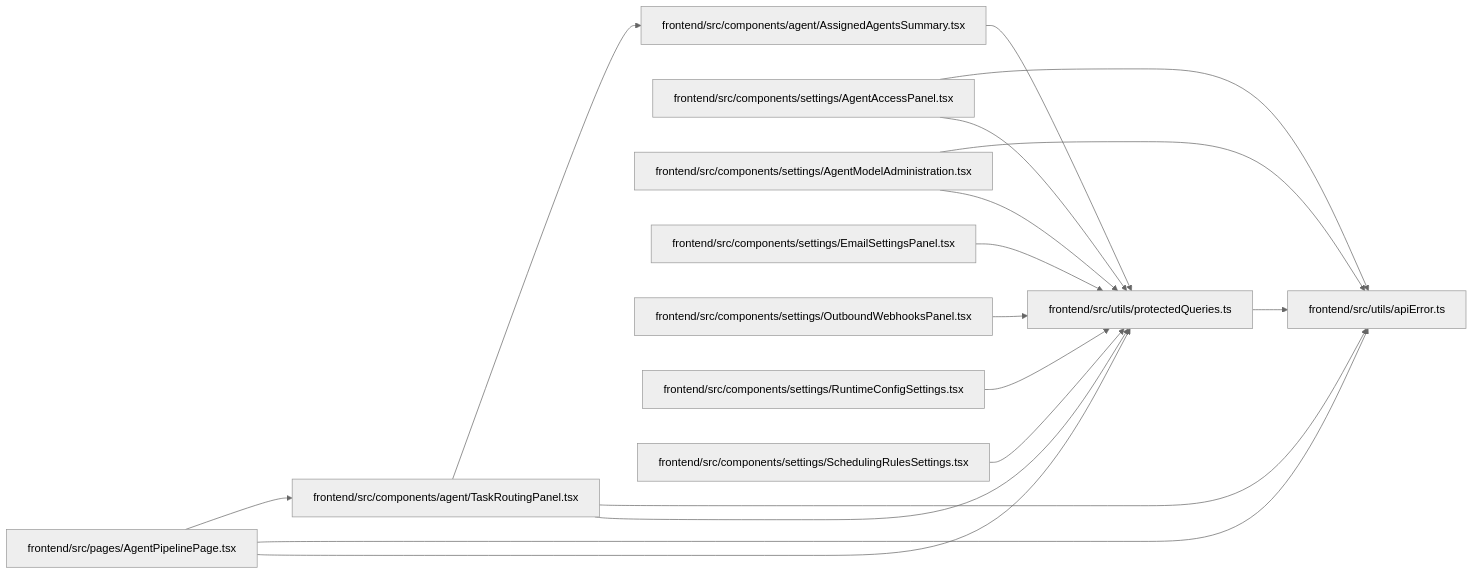
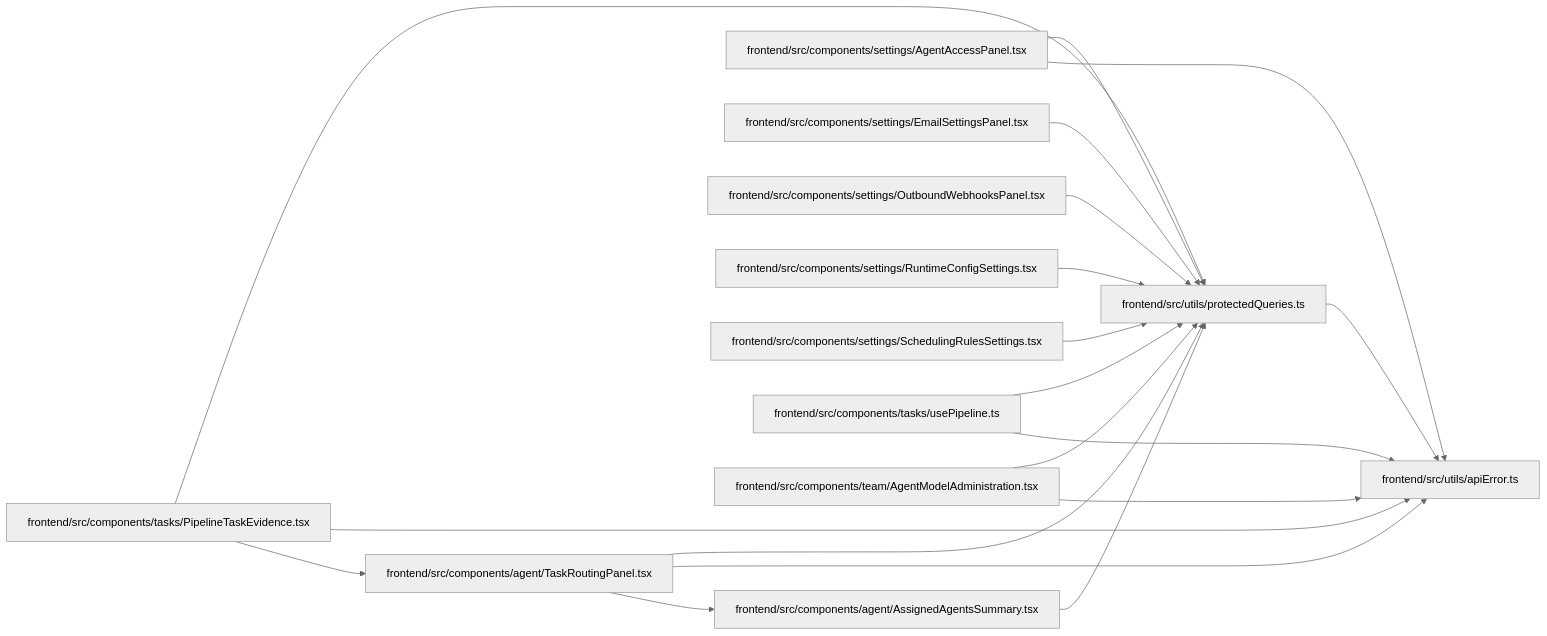
The diagram in docs/llm_wiki/modules/protectedQueries.md (Denissvgn/WorkChord), drawn with Mermaid (neutral theme) before and after one commit. The commit also changed other lines of this file and 2373 other files, not shown here.

````diff
--- a/docs/llm_wiki/modules/protectedQueries.md
+++ b/docs/llm_wiki/modules/protectedQueries.md
@@ -24,41 +24,45 @@
 ```mermaid
 flowchart LR
     n0["frontend/src/components/agent/AssignedAgentsSummary.tsx"]
     n1["frontend/src/components/agent/TaskRoutingPanel.tsx"]
     n2["frontend/src/components/settings/AgentAccessPanel.tsx"]
-    n3["frontend/src/components/settings/AgentModelAdministration.tsx"]
-    n4["frontend/src/components/settings/EmailSettingsPanel.tsx"]
-    n5["frontend/src/components/settings/OutboundWebhooksPanel.tsx"]
-    n6["frontend/src/components/settings/RuntimeConfigSettings.tsx"]
-    n7["frontend/src/components/settings/SchedulingRulesSettings.tsx"]
-    n8["frontend/src/pages/AgentPipelinePage.tsx"]
-    n9["frontend/src/utils/apiError.ts"]
-    n10["frontend/src/utils/protectedQueries.ts"]
-    n0 --> n10
+    n3["frontend/src/components/settings/EmailSettingsPanel.tsx"]
+    n4["frontend/src/components/settings/OutboundWebhooksPanel.tsx"]
+    n5["frontend/src/components/settings/RuntimeConfigSettings.tsx"]
+    n6["frontend/src/components/settings/SchedulingRulesSettings.tsx"]
+    n7["frontend/src/components/tasks/PipelineTaskEvidence.tsx"]
+    n8["frontend/src/components/tasks/usePipeline.ts"]
+    n9["frontend/src/components/team/AgentModelAdministration.tsx"]
+    n10["frontend/src/utils/apiError.ts"]
+    n11["frontend/src/utils/protectedQueries.ts"]
+    n0 --> n11
     n1 --> n0
-    n1 --> n9
     n1 --> n10
-    n2 --> n9
+    n1 --> n11
     n2 --> n10
-    n3 --> n9
-    n3 --> n10
-    n4 --> n10
-    n5 --> n10
-    n6 --> n10
+    n2 --> n11
+    n3 --> n11
+    n4 --> n11
+    n5 --> n11
+    n6 --> n11
+    n7 --> n1
     n7 --> n10
-    n8 --> n1
-    n8 --> n9
+    n7 --> n11
     n8 --> n10
-    n10 --> n9
+    n8 --> n11
+    n9 --> n10
+    n9 --> n11
+    n11 --> n10
     click n0 "../modules/AssignedAgentsSummary.md"
     click n1 "../modules/TaskRoutingPanel.md"
     click n2 "../modules/AgentAccessPanel.md"
-    click n3 "../modules/AgentModelAdministration.md"
-    click n4 "../modules/EmailSettingsPanel.md"
-    click n5 "../modules/OutboundWebhooksPanel.md"
-    click n6 "../modules/RuntimeConfigSettings.md"
-    click n7 "../modules/SchedulingRulesSettings.md"
-    click n8 "../modules/AgentPipelinePage.md"
-    click n9 "../modules/apiError.md"
-    click n10 "../modules/protectedQueries.md"
+    click n3 "../modules/EmailSettingsPanel.md"
+    click n4 "../modules/OutboundWebhooksPanel.md"
+    click n5 "../modules/RuntimeConfigSettings.md"
+    click n6 "../modules/SchedulingRulesSettings.md"
+    click n7 "../modules/PipelineTaskEvidence.md"
+    click n8 "../modules/usePipeline.md"
+    click n9 "../modules/AgentModelAdministration.md"
+    click n10 "../modules/apiError.md"
+    click n11 "../modules/protectedQueries.md"
 ```
````
